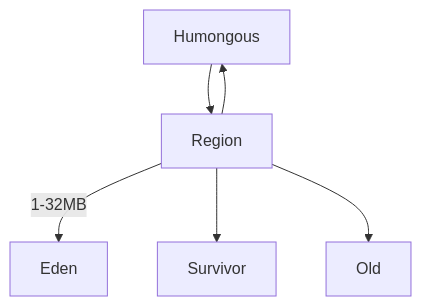
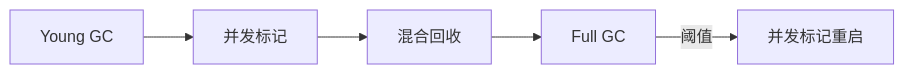
The second of 4 diagrams in content/good-work/JDK/垃圾回收器.md (lettlehan/hans-blog), drawn with Mermaid before and after one commit. The commit also changed other lines of this file and 16 other files, not shown here.

````diff
--- a/content/good-work/JDK/垃圾回收器.md
+++ b/content/good-work/JDK/垃圾回收器.md
@@ -47,8 +52,7 @@
-{{< mermaid >}}
-graph TD
-    H[Heap] --> R[Region]
-    R -->|1-32MB| E[Eden]
-    R --> S[Survivor]
-    R --> O[Old]
-    R --> H[Humongous]
-{{< /mermaid >}}
+```mermaid
+graph LR
+    A[Young GC] --> B[并发标记]
+    B --> C[混合回收]
+    C --> D[Full GC]
+    D -->|阈值| E[并发标记重启]
+```
````
